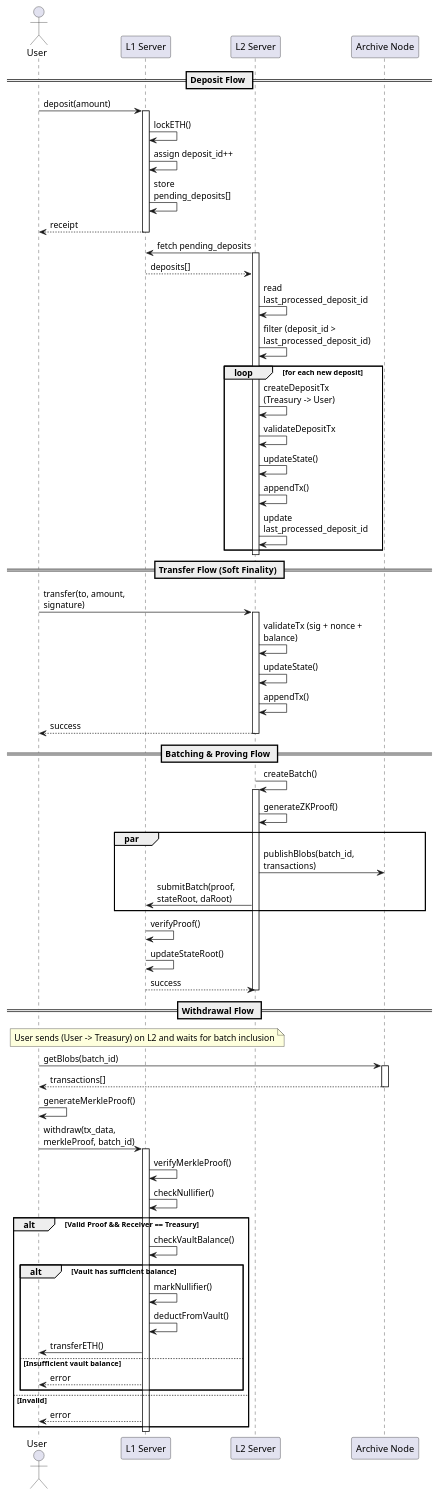
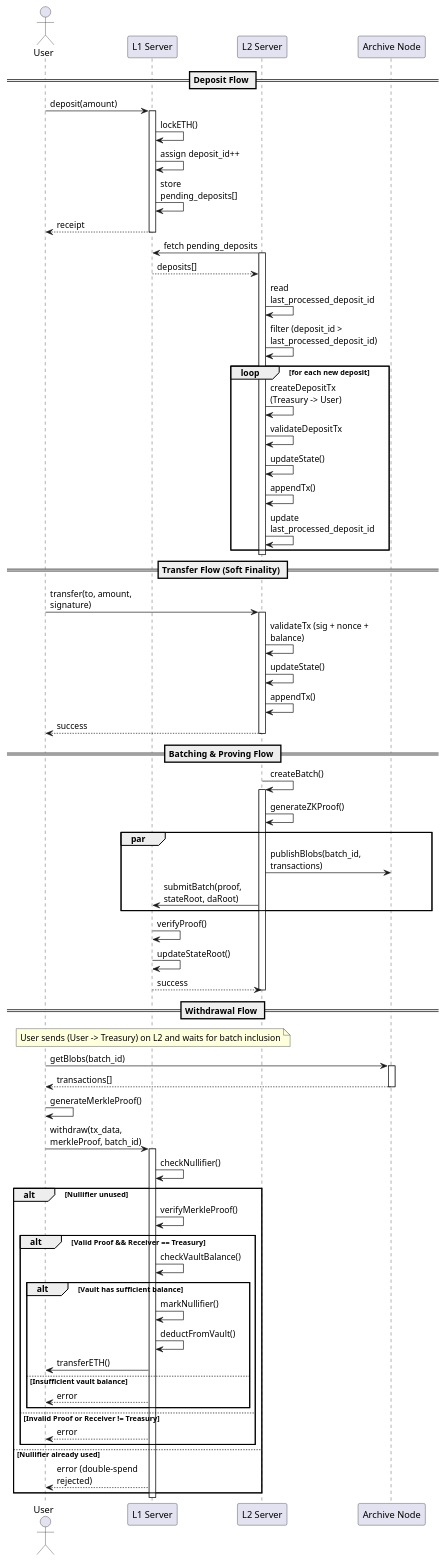
Before and after one commit to Mtdung290504/ZK-rollup-simulation: the diagram in .des/sequence.wsd, drawn with PlantUML. The commit also changed 7 other files, not shown here.

```diff
--- a/.des/sequence.wsd
+++ b/.des/sequence.wsd
@@ -1,94 +1,101 @@
 @startuml "ZK-Rollup Sequence"
 skinparam maxMessageSize 150
 
 actor User
 participant "L1 Server" as L1
 participant "L2 Server" as L2
 participant "Archive Node" as Archive
 
 == Deposit Flow ==
 User -> L1: deposit(amount)
 activate L1
 L1 -> L1: lockETH()
 L1 -> L1: assign deposit_id++
 L1 -> L1: store pending_deposits[]
 L1 --> User: receipt
 deactivate L1
 
 L2 -> L1: fetch pending_deposits
 activate L2
 L1 --> L2: deposits[]
 
 L2 -> L2: read last_processed_deposit_id
 L2 -> L2: filter (deposit_id > last_processed_deposit_id)
 
 loop for each new deposit
   L2 -> L2: createDepositTx (Treasury -> User)
   L2 -> L2: validateDepositTx
   L2 -> L2: updateState()
   L2 -> L2: appendTx()
   L2 -> L2: update last_processed_deposit_id
 end
 
 deactivate L2
 
 == Transfer Flow (Soft Finality) ==
 User -> L2: transfer(to, amount, signature)
 activate L2
 L2 -> L2: validateTx (sig + nonce + balance)
 L2 -> L2: updateState()
 L2 -> L2: appendTx()
 L2 --> User: success
 deactivate L2
 
 == Batching & Proving Flow ==
 L2 -> L2: createBatch()
 activate L2
 L2 -> L2: generateZKProof()
 
 par
   L2 -> Archive: publishBlobs(batch_id, transactions)
   L2 -> L1: submitBatch(proof, stateRoot, daRoot)
 end
 
 activate L1
 L1 -> L1: verifyProof()
 L1 -> L1: updateStateRoot()
 L1 --> L2: success
 deactivate L1
 deactivate L2
 
 == Withdrawal Flow ==
 note over User, L2: User sends (User -> Treasury) on L2 and waits for batch inclusion
 
 User -> Archive: getBlobs(batch_id)
 activate Archive
 Archive --> User: transactions[]
 deactivate Archive
 
 User -> User: generateMerkleProof()
 
 User -> L1: withdraw(tx_data, merkleProof, batch_id)
 activate L1
 
-L1 -> L1: verifyMerkleProof()
 L1 -> L1: checkNullifier()
 
-alt Valid Proof && Receiver == Treasury
+alt Nullifier unused
 
-    L1 -> L1: checkVaultBalance()
+    L1 -> L1: verifyMerkleProof()
 
-    alt Vault has sufficient balance
-        L1 -> L1: markNullifier()
-        L1 -> L1: deductFromVault()
-        L1 -> User: transferETH()
-    else Insufficient vault balance
+    alt Valid Proof && Receiver == Treasury
+
+        L1 -> L1: checkVaultBalance()
+
+        alt Vault has sufficient balance
+            L1 -> L1: markNullifier()
+            L1 -> L1: deductFromVault()
+            L1 -> User: transferETH()
+        else Insufficient vault balance
+            L1 --> User: error
+        end
+
+    else Invalid Proof or Receiver != Treasury
         L1 --> User: error
     end
 
-else Invalid
-    L1 --> User: error
+else Nullifier already used
+    L1 --> User: error (double-spend rejected)
 end
 
 deactivate L1
 @enduml
```
